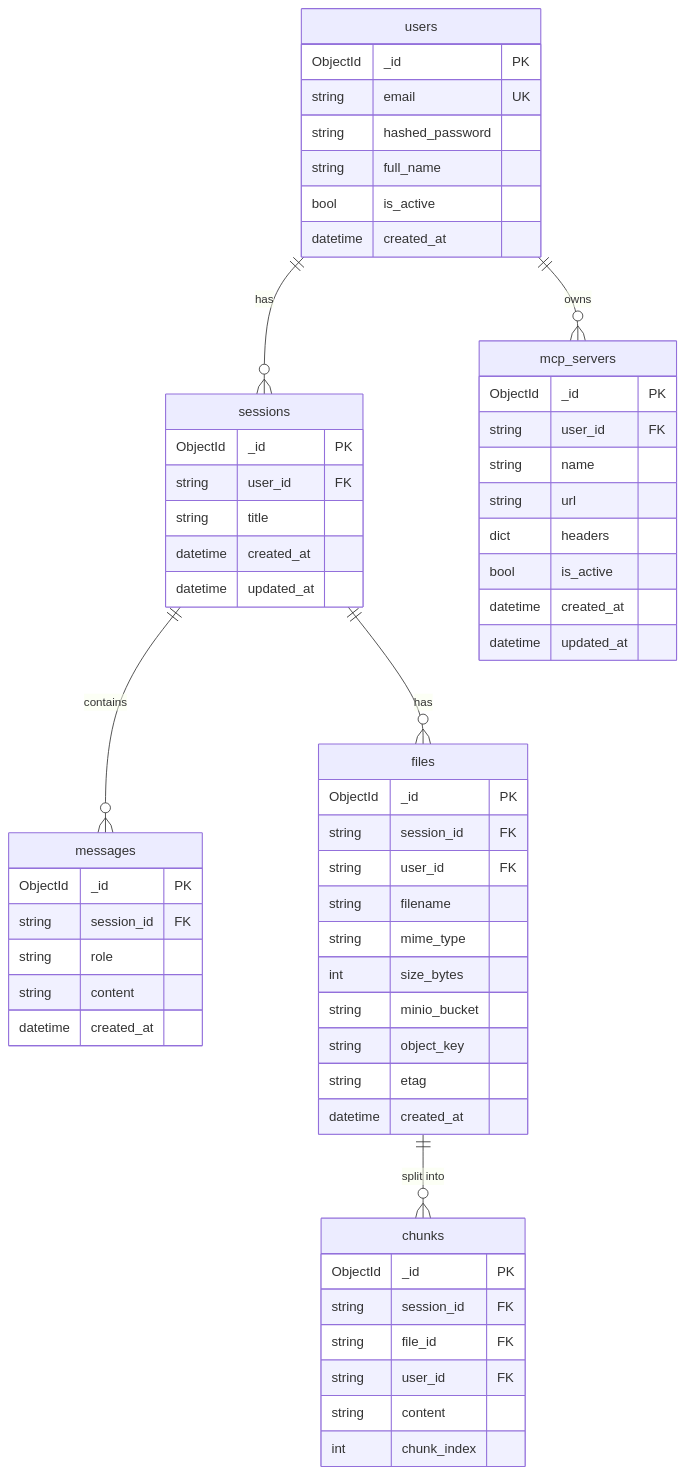
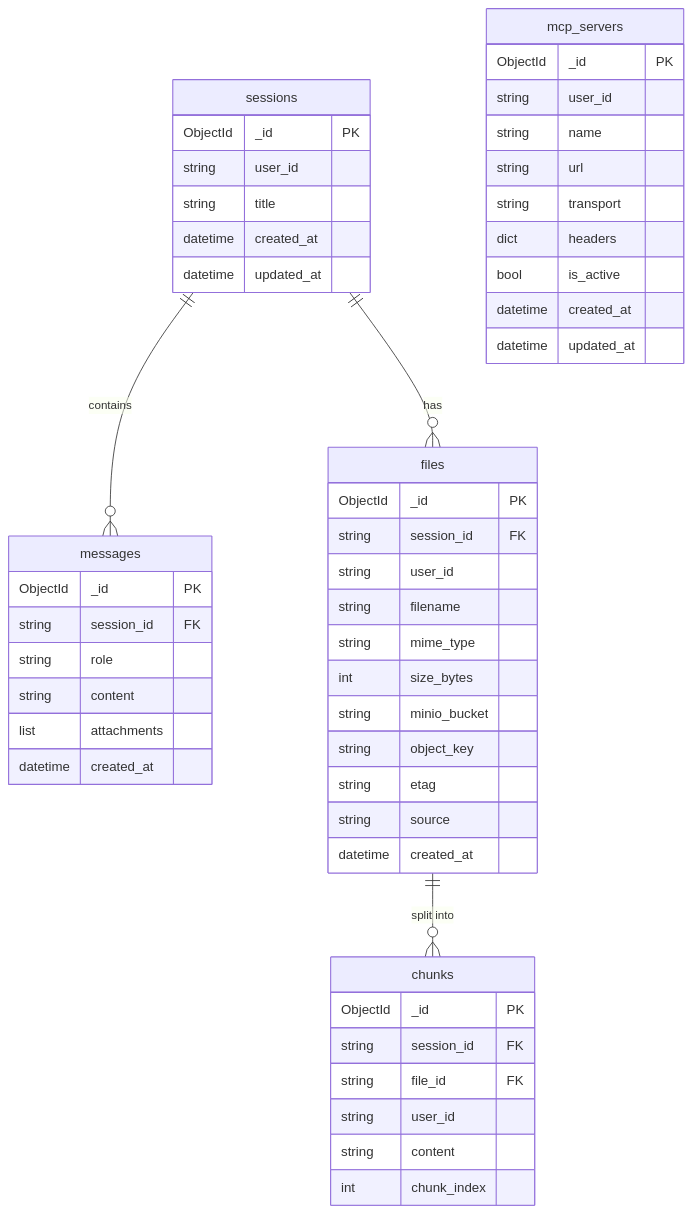
One commit to giasinguyen/chatly-messaging-platform changed the tenth of 12 diagrams in chatly-agent/ARCHITECTURE.md. Above: the diagram before and after it, drawn with Mermaid. The commit also changed other lines of this file and 2 other files, not shown here.

````diff
--- a/chatly-agent/ARCHITECTURE.md
+++ b/chatly-agent/ARCHITECTURE.md
@@ -338,66 +328,58 @@
 ```mermaid
 erDiagram
-    users {
-        ObjectId _id PK
-        string email UK
-        string hashed_password
-        string full_name
-        bool is_active
-        datetime created_at
-    }
-
     sessions {
         ObjectId _id PK
-        string user_id FK
+        string user_id
         string title
         datetime created_at
         datetime updated_at
     }
 
     messages {
         ObjectId _id PK
         string session_id FK
         string role
         string content
+        list attachments
         datetime created_at
     }
 
     files {
         ObjectId _id PK
         string session_id FK
-        string user_id FK
+        string user_id
         string filename
         string mime_type
         int size_bytes
         string minio_bucket
         string object_key
         string etag
+        string source
         datetime created_at
     }
 
     chunks {
         ObjectId _id PK
         string session_id FK
         string file_id FK
-        string user_id FK
+        string user_id
         string content
         int chunk_index
     }
 
     mcp_servers {
         ObjectId _id PK
-        string user_id FK
+        string user_id
         string name
         string url
+        string transport
         dict headers
         bool is_active
         datetime created_at
         datetime updated_at
     }
 
-    users ||--o{ sessions : "has"
-    users ||--o{ mcp_servers : "owns"
     sessions ||--o{ messages : "contains"
     sessions ||--o{ files : "has"
     files ||--o{ chunks : "split into"
 ```
````
